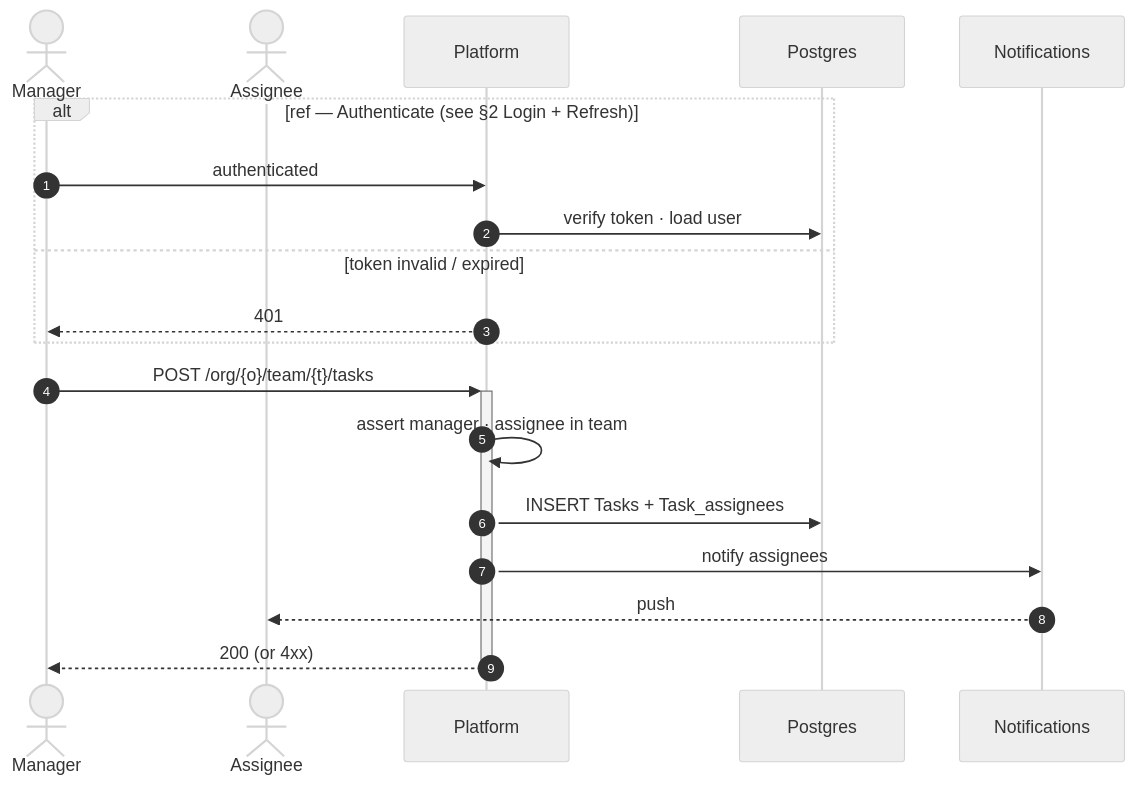
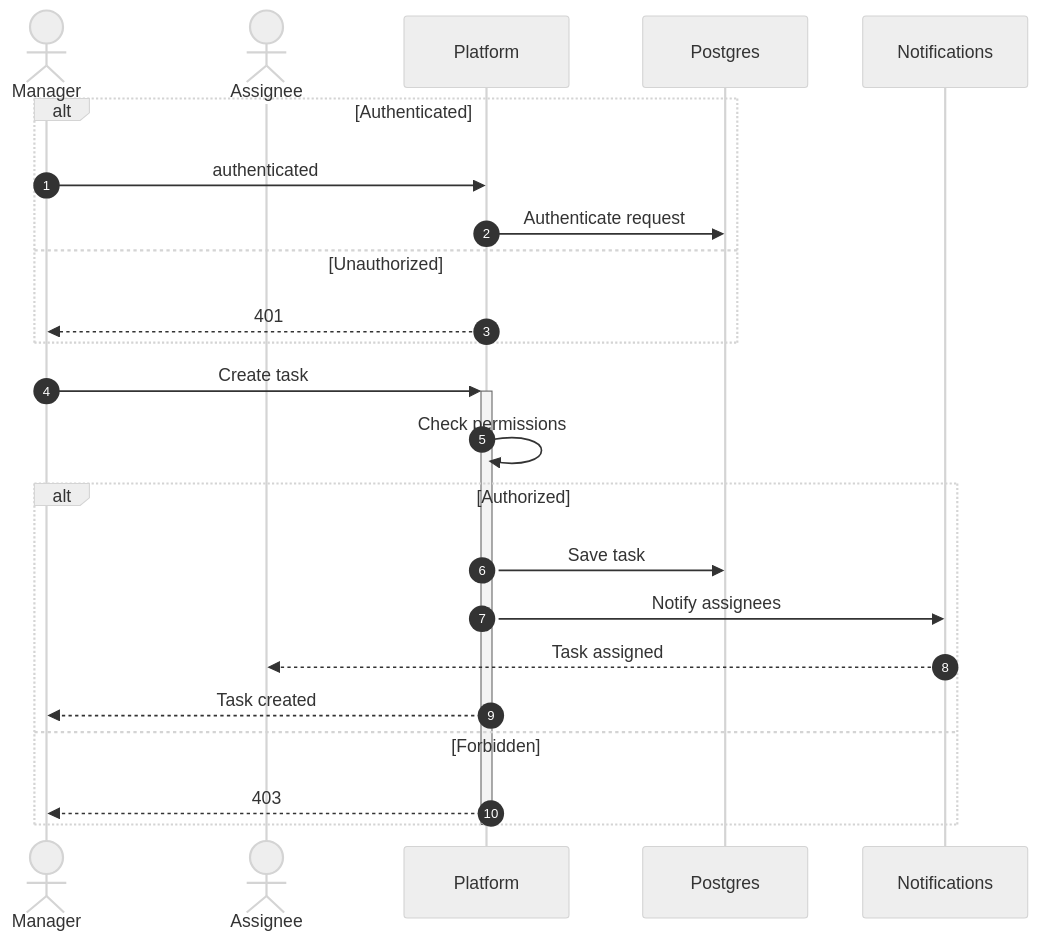
One commit to MohamedChebbi123/teamnest changed diagram 11 of 16 in docs/SEQUENCE_DIAGRAMS.md. Above: the diagram before and after it, drawn with Mermaid (neutral theme). The commit also changed other lines of this file, not shown here.

````diff
--- a/docs/SEQUENCE_DIAGRAMS.md
+++ b/docs/SEQUENCE_DIAGRAMS.md
@@ -339,23 +398,28 @@
 ```mermaid
 sequenceDiagram
     autonumber
     actor Manager
     actor Assignee
     participant API as Platform
     participant DB as Postgres
     participant Notif as Notifications
 
-    alt ref — Authenticate (see §2 Login + Refresh)
+    alt Authenticated
         Manager->>API: authenticated
-        API->>DB: verify token · load user
-    else token invalid / expired
+        API->>DB: Authenticate request
+    else Unauthorized
         API-->>Manager: 401
     end
 
-    Manager->>+API: POST /org/{o}/team/{t}/tasks
-    API->>API: assert manager · assignee in team
-    API->>DB: INSERT Tasks + Task_assignees
-    API->>Notif: notify assignees
-    Notif-->>Assignee: push
-    API-->>-Manager: 200 (or 4xx)
+    Manager->>+API: Create task
+    API->>API: Check permissions
+    alt Authorized
+        API->>DB: Save task
+        API->>Notif: Notify assignees
+        Notif-->>Assignee: Task assigned
+        API-->>Manager: Task created
+    else Forbidden
+        API-->>Manager: 403
+    end
+    deactivate API
 ```
````
